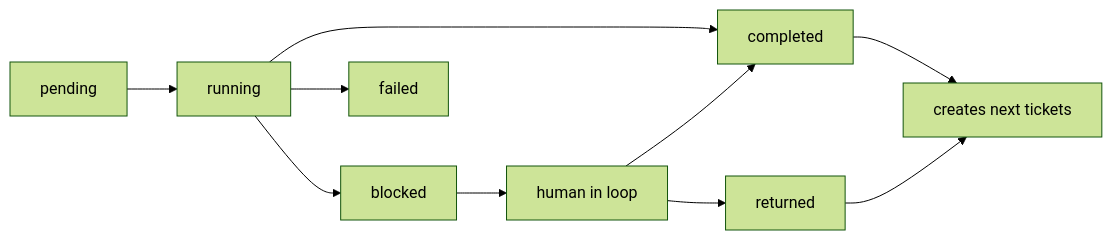
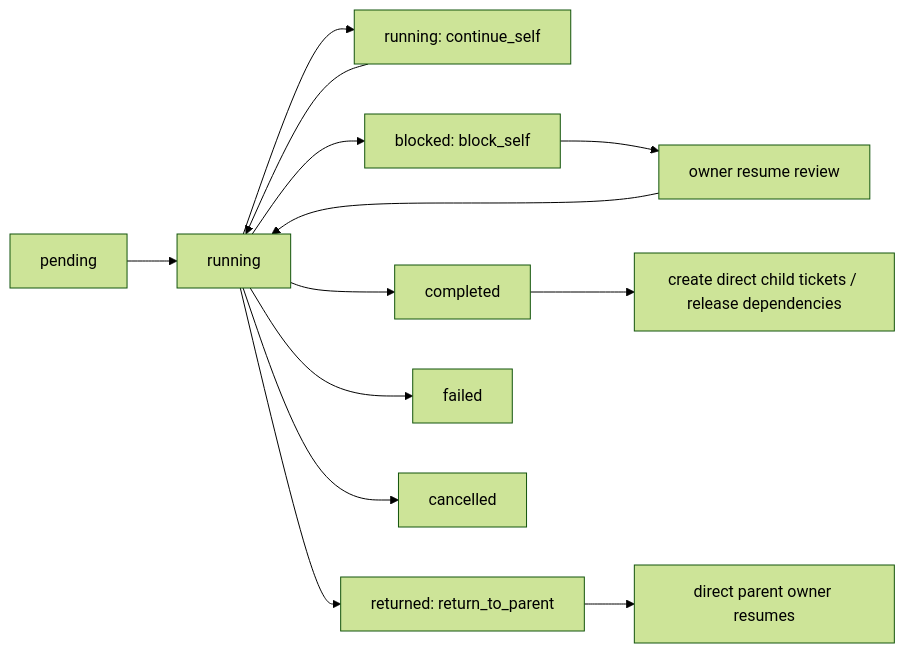
The diagram in docs/superpowers/specs/2026-07-06-real-ticket-flow-design.md (youngerstyle/AutoAgent), drawn with Mermaid (forest theme) before and after one commit. The commit also changed other lines of this file and 1 other file, not shown here.

````diff
--- a/docs/superpowers/specs/2026-07-06-real-ticket-flow-design.md
+++ b/docs/superpowers/specs/2026-07-06-real-ticket-flow-design.md
@@ -61,12 +161,15 @@
 ```mermaid
 flowchart LR
   P["pending"] --> R["running"]
+  R --> S["running: continue_self"]
+  S --> R
+  R --> B["blocked: block_self"]
+  B --> V["owner resume review"]
+  V --> R
   R --> C["completed"]
-  R --> B["blocked"]
+  C --> D["create direct child tickets / release dependencies"]
+  R --> U["returned: return_to_parent"]
+  U --> A["direct parent owner resumes"]
   R --> F["failed"]
-  C --> N["creates next tickets"]
-  B --> H["human in loop"]
-  H --> C
-  H --> T["returned"]
-  T --> N
+  R --> X["cancelled"]
 ```
````
